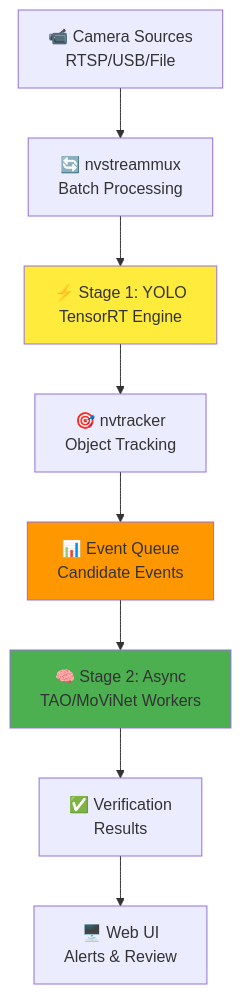
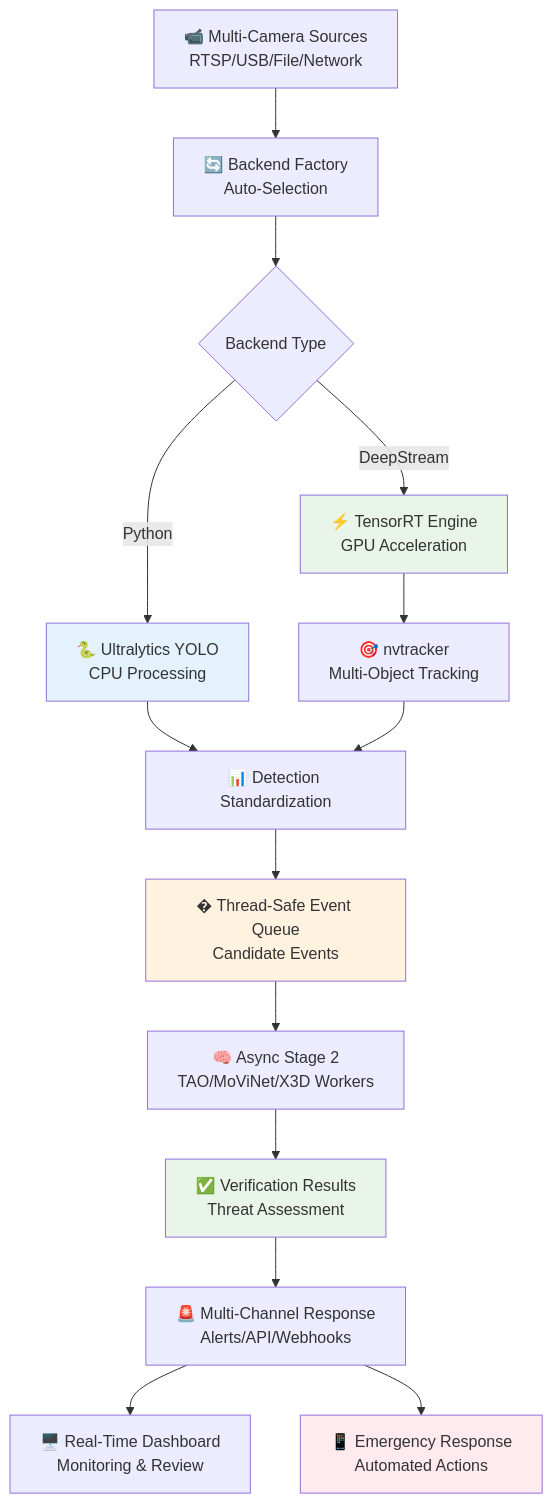
The fourth of 5 diagrams in README.md (Srimukh99/I-Guard), drawn with Mermaid before and after one commit. The commit also changed other lines of this file, not shown here.

First line of the commit message:
📈 Enhance Use Cases: Add churches, casualty prevention, and proactive incident response

````diff
--- a/README.md
+++ b/README.md
@@ -228,14 +228,26 @@
 ```mermaid
 graph TD
-    A[📹 Camera Sources<br/>RTSP/USB/File] --> B[🔄 nvstreammux<br/>Batch Processing]
-    B --> C[⚡ Stage 1: YOLO<br/>TensorRT Engine]
-    C --> D[🎯 nvtracker<br/>Object Tracking]
-    D --> E[📊 Event Queue<br/>Candidate Events]
-    E --> F[🧠 Stage 2: Async<br/>TAO/MoViNet Workers]
-    F --> G[✅ Verification<br/>Results]
-    G --> H[🖥️ Web UI<br/>Alerts & Review]
+    A[📹 Multi-Camera Sources<br/>RTSP/USB/File/Network] --> B[🔄 Backend Factory<br/>Auto-Selection]
     
-    style C fill:#ffeb3b
-    style F fill:#4caf50
-    style E fill:#ff9800
+    B --> C{Backend Type}
+    C -->|Python| D[🐍 Ultralytics YOLO<br/>CPU Processing]
+    C -->|DeepStream| E[⚡ TensorRT Engine<br/>GPU Acceleration]
+    
+    D --> F[📊 Detection Standardization]
+    E --> G[🎯 nvtracker<br/>Multi-Object Tracking]
+    G --> F
+    
+    F --> H[� Thread-Safe Event Queue<br/>Candidate Events]
+    H --> I[🧠 Async Stage 2<br/>TAO/MoViNet/X3D Workers]
+    I --> J[✅ Verification Results<br/>Threat Assessment]
+    J --> K[🚨 Multi-Channel Response<br/>Alerts/API/Webhooks]
+    
+    K --> L[🖥️ Real-Time Dashboard<br/>Monitoring & Review]
+    K --> M[📱 Emergency Response<br/>Automated Actions]
+    
+    style D fill:#e3f2fd
+    style E fill:#e8f5e8
+    style H fill:#fff3e0
+    style J fill:#e8f5e8
+    style M fill:#ffebee
 ```
````
